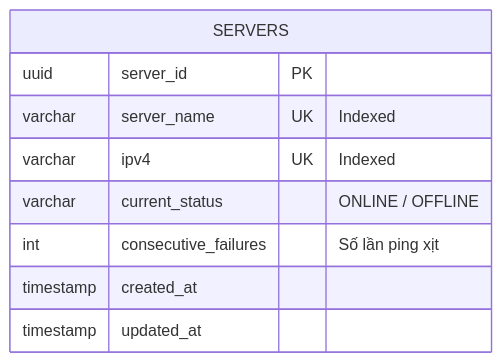
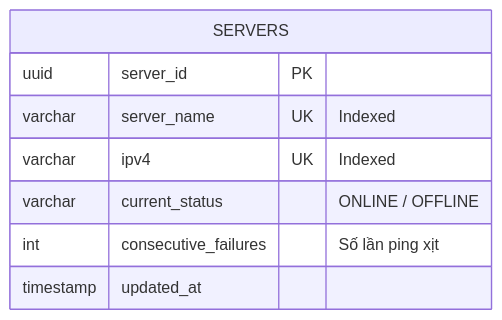
Before and after one commit to dinhdat07/server-management-service: the second of 3 diagrams in docs/ARCHITECTURE.md, drawn with Mermaid. The commit also changed other lines of this file, not shown here.

Commit message:
docs: add C4 architecture documentation for server management service

````diff
--- a/docs/ARCHITECTURE.md
+++ b/docs/ARCHITECTURE.md
@@ -158,12 +158,11 @@
 ```mermaid
 erDiagram
     SERVERS {
         uuid server_id PK
         varchar server_name UK "Indexed"
         varchar ipv4 UK "Indexed"
         varchar current_status "ONLINE / OFFLINE"
         int consecutive_failures "Số lần ping xịt"
-        timestamp created_at
         timestamp updated_at
     }
 ```
````
